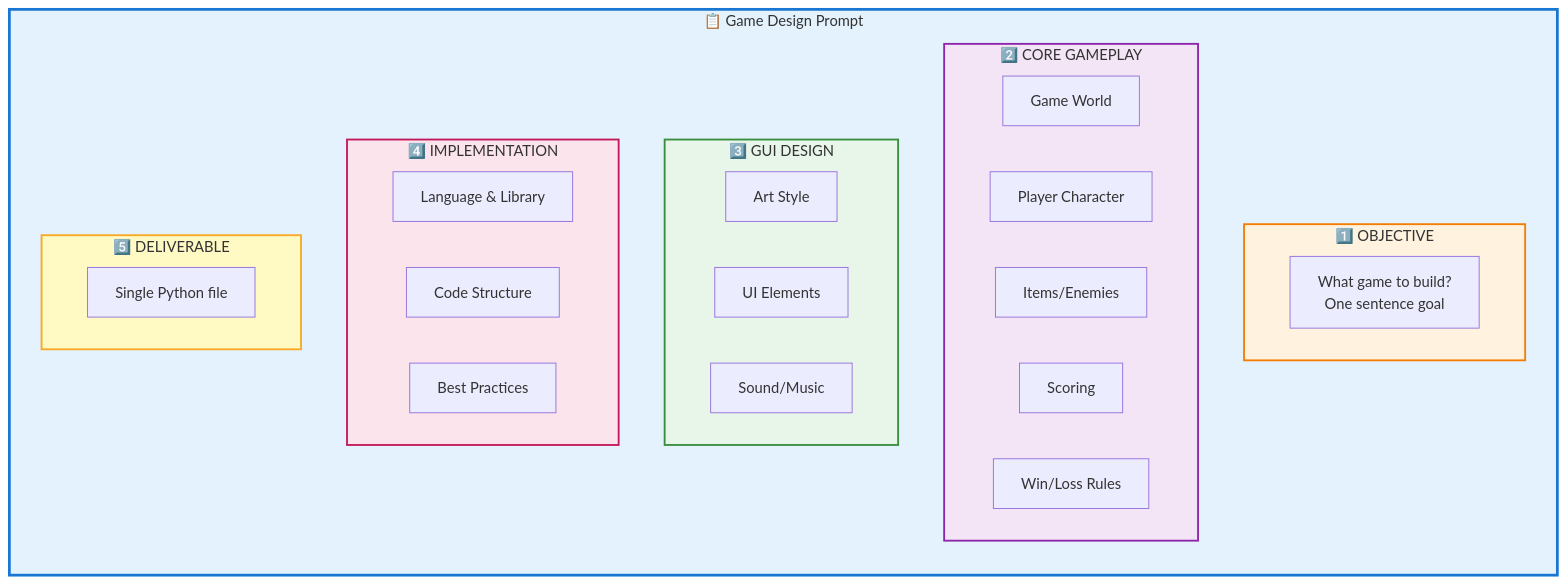
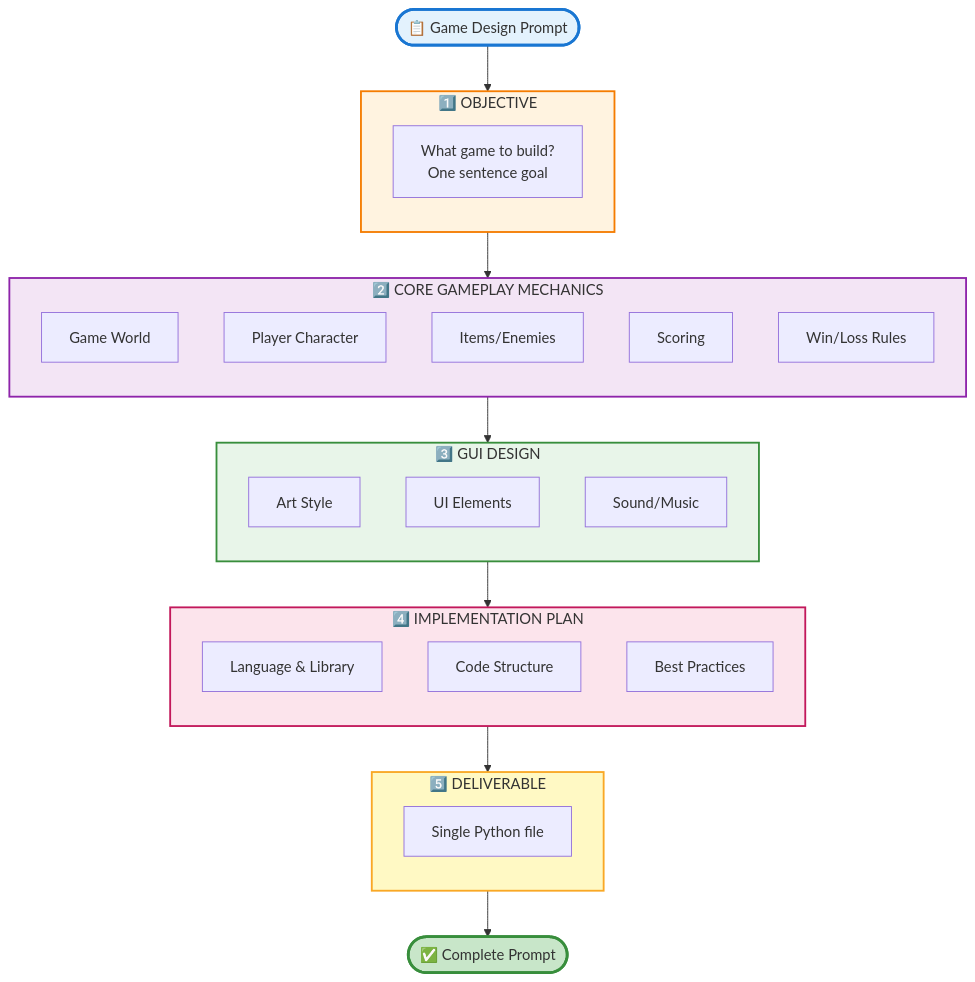
Before and after one commit to tisage/game-llm: the diagram in diagrams/prompt-structure.md, drawn with Mermaid. The commit also changed 2 other files, not shown here.

Commit message:
update prompt flowchart

````diff
--- a/diagrams/prompt-structure.md
+++ b/diagrams/prompt-structure.md
@@ -3,41 +3,56 @@
 ```mermaid
-graph TB
-    subgraph Main["📋 Game Design Prompt"]
+flowchart TB
+    Start([📋 Game Design Prompt])
+    Start --> Section1
+
+    subgraph Section1["1️⃣ OBJECTIVE"]
         direction TB
-
-        subgraph Section1["1️⃣ OBJECTIVE"]
-            Obj[What game to build?<br/>One sentence goal]
-        end
-
-        subgraph Section2["2️⃣ CORE GAMEPLAY"]
-            GP1[Game World]
-            GP2[Player Character]
-            GP3[Items/Enemies]
-            GP4[Scoring]
-            GP5[Win/Loss Rules]
-        end
-
-        subgraph Section3["3️⃣ GUI DESIGN"]
-            UI1[Art Style]
-            UI2[UI Elements]
-            UI3[Sound/Music]
-        end
-
-        subgraph Section4["4️⃣ IMPLEMENTATION"]
-            Impl1[Language & Library]
-            Impl2[Code Structure]
-            Impl3[Best Practices]
-        end
-
-        subgraph Section5["5️⃣ DELIVERABLE"]
-            Del[Single Python file]
-        end
+        Obj[What game to build?<br/>One sentence goal]
     end
 
+    Section1 --> Section2
+
+    subgraph Section2["2️⃣ CORE GAMEPLAY MECHANICS"]
+        direction TB
+        GP1[Game World]
+        GP2[Player Character]
+        GP3[Items/Enemies]
+        GP4[Scoring]
+        GP5[Win/Loss Rules]
+    end
+
+    Section2 --> Section3
+
+    subgraph Section3["3️⃣ GUI DESIGN"]
+        direction TB
+        UI1[Art Style]
+        UI2[UI Elements]
+        UI3[Sound/Music]
+    end
+
+    Section3 --> Section4
+
+    subgraph Section4["4️⃣ IMPLEMENTATION PLAN"]
+        direction TB
+        Impl1[Language & Library]
+        Impl2[Code Structure]
+        Impl3[Best Practices]
+    end
+
+    Section4 --> Section5
+
+    subgraph Section5["5️⃣ DELIVERABLE"]
+        direction TB
+        Del[Single Python file]
+    end
+
+    Section5 --> End([✅ Complete Prompt])
+
+    style Start fill:#e3f2fd,stroke:#1976d2,stroke-width:3px
+    style End fill:#c8e6c9,stroke:#388e3c,stroke-width:3px
     style Section1 fill:#fff3e0,stroke:#f57c00,stroke-width:2px
     style Section2 fill:#f3e5f5,stroke:#8e24aa,stroke-width:2px
     style Section3 fill:#e8f5e9,stroke:#388e3c,stroke-width:2px
     style Section4 fill:#fce4ec,stroke:#c2185b,stroke-width:2px
     style Section5 fill:#fff9c4,stroke:#f9a825,stroke-width:2px
-    style Main fill:#e3f2fd,stroke:#1976d2,stroke-width:3px
 ```
````
